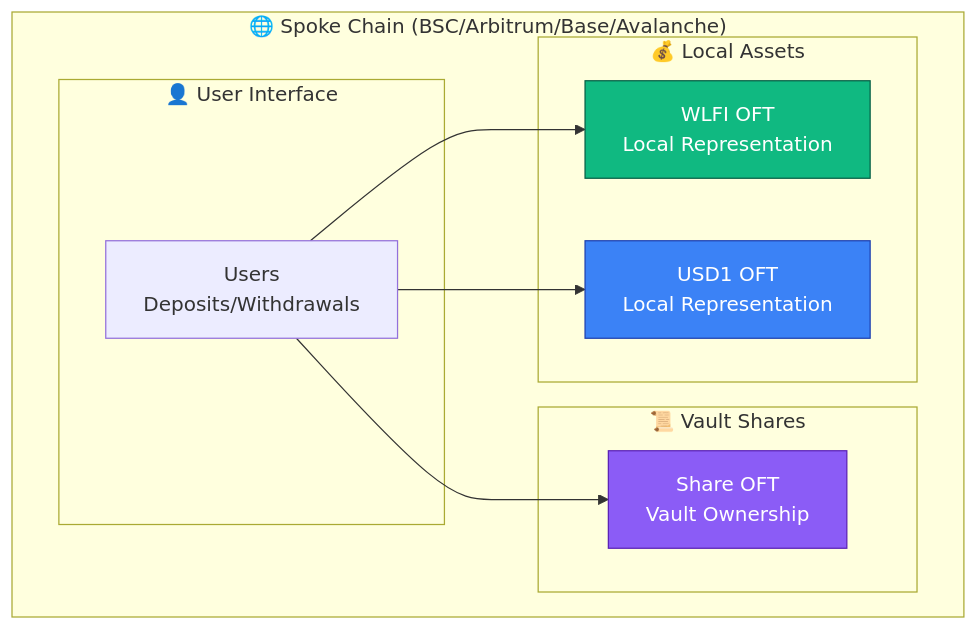
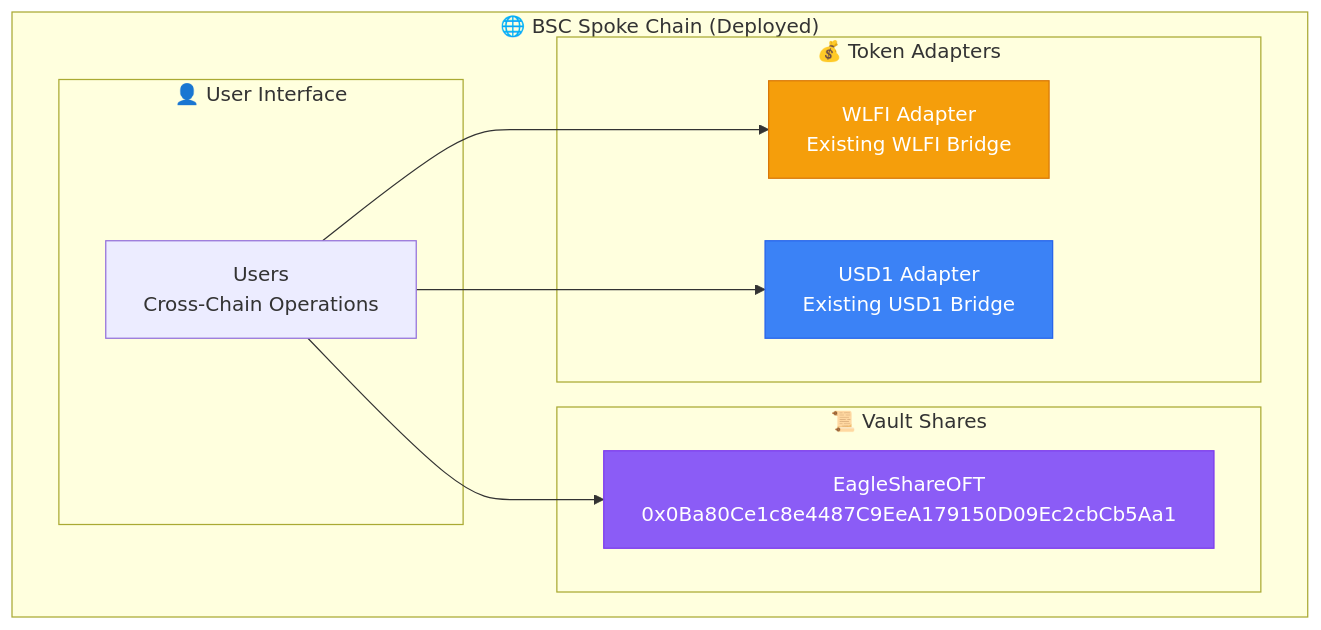
Before and after one commit to 47-Eagle/docs: the second of 5 diagrams in docs/dev/architecture.md, drawn with Mermaid. The commit also changed other lines of this file and 2 other files, not shown here.

````diff
--- a/docs/dev/architecture.md
+++ b/docs/dev/architecture.md
@@ -62,25 +162,25 @@
 ```mermaid
 graph TB
-    subgraph "🌐 Spoke Chain (BSC/Arbitrum/Base/Avalanche)"
-        subgraph "💰 Local Assets"
-            WO[WLFI OFT<br/>Local Representation]
-            UO[USD1 OFT<br/>Local Representation]
+    subgraph "🌐 BSC Spoke Chain (Deployed)"
+        subgraph "💰 Token Adapters"
+            WA[WLFI Adapter<br/>Existing WLFI Bridge]
+            UA[USD1 Adapter<br/>Existing USD1 Bridge]
         end
         
         subgraph "📜 Vault Shares"
-            SO[Share OFT<br/>Vault Ownership]
+            SO[EagleShareOFT<br/>0x0Ba80Ce1c8e4487C9EeA179150D09Ec2cbCb5Aa1]
         end
         
         subgraph "👤 User Interface"
-            USER[Users<br/>Deposits/Withdrawals]
+            USER[Users<br/>Cross-Chain Operations]
         end
         
-        USER --> WO
-        USER --> UO
+        USER --> WA
+        USER --> UA
         USER --> SO
     end
     
-    style WO fill:#10b981,stroke:#065f46,color:#fff
-    style UO fill:#3b82f6,stroke:#1e40af,color:#fff
-    style SO fill:#8b5cf6,stroke:#5b21b6,color:#fff
+    style WA fill:#f59e0b,stroke:#d97706,color:#fff
+    style UA fill:#3b82f6,stroke:#2563eb,color:#fff
+    style SO fill:#8b5cf6,stroke:#7c3aed,color:#fff
 ```
````
